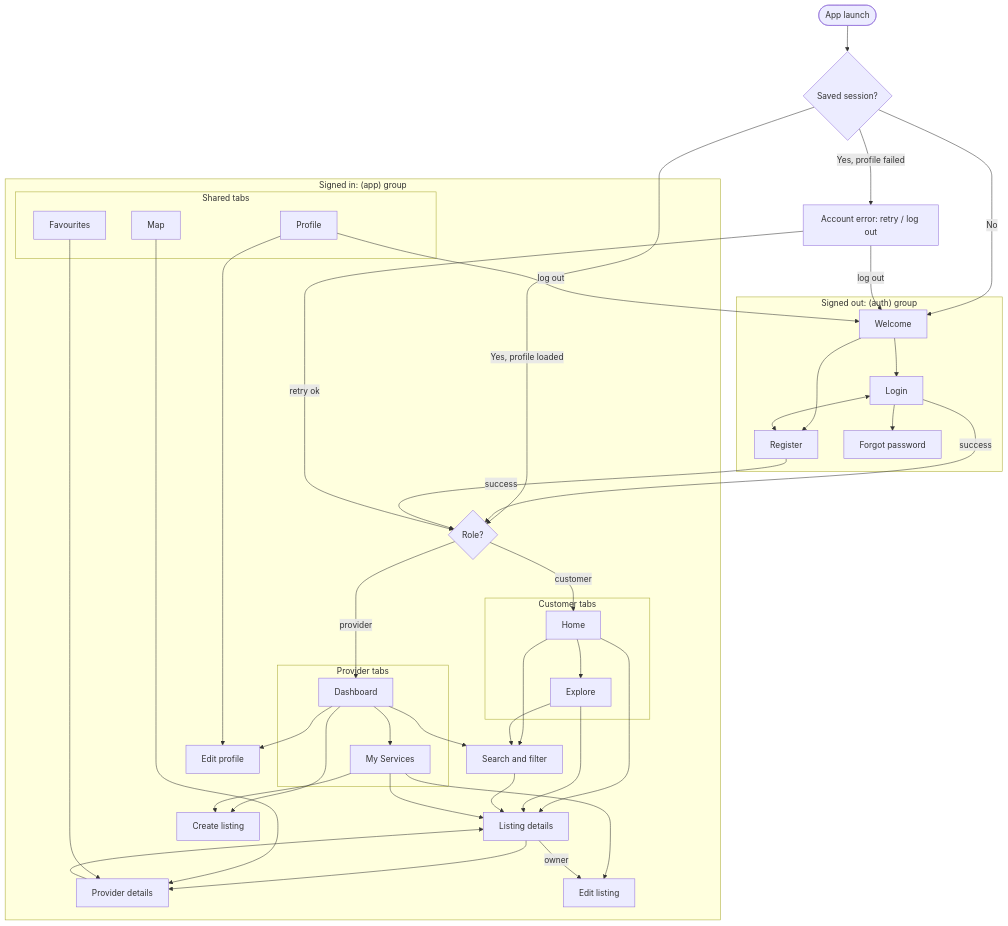
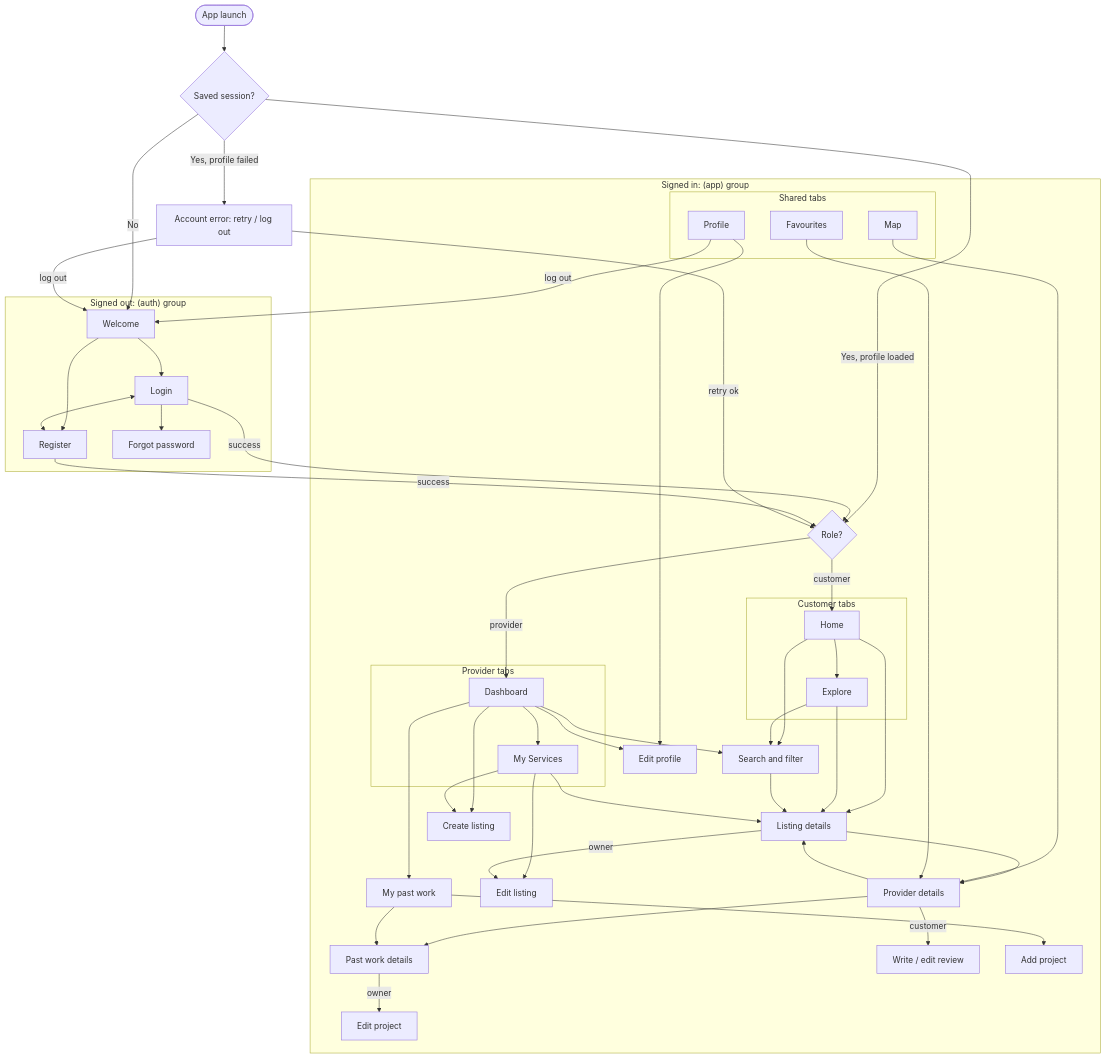
Before and after one commit to mosespole/wantok-skills: the second of 2 diagrams in docs/technical-report.md, drawn with Mermaid. The commit also changed other lines of this file and 6 other files, not shown here.

````diff
--- a/docs/technical-report.md
+++ b/docs/technical-report.md
@@ -121,71 +149,80 @@
 ```mermaid
 flowchart TD
     Start([App launch]) --> Restore{Saved session?}
 
     subgraph PUBLIC["Signed out: (auth) group"]
         Welcome[Welcome]
         Login[Login]
         Register[Register]
         Forgot[Forgot password]
         Welcome --> Register
         Welcome --> Login
         Login --> Forgot
         Login <--> Register
     end
 
     Restore -- No --> Welcome
     Restore -- Yes, profile loaded --> Tabs
     Restore -- Yes, profile failed --> AccountError[Account error: retry / log out]
     Login -- success --> Tabs
     Register -- success --> Tabs
     AccountError -- retry ok --> Tabs
     AccountError -- log out --> Welcome
 
     subgraph PRIVATE["Signed in: (app) group"]
         Tabs{Role?}
         subgraph CUST["Customer tabs"]
             Home[Home]
             Explore[Explore]
         end
         subgraph PROV["Provider tabs"]
             Dashboard[Dashboard]
             MyServices[My Services]
         end
         subgraph SHARED["Shared tabs"]
             Map[Map]
             Favs[Favourites]
             Profile[Profile]
         end
         Tabs -- customer --> Home
         Tabs -- provider --> Dashboard
 
         Search[Search and filter]
         ServiceDetail[Listing details]
         ProviderDetail[Provider details]
         EditProfile[Edit profile]
         Create[Create listing]
         Edit[Edit listing]
 
         Home --> Search
         Home --> ServiceDetail
         Home --> Explore
         Explore --> Search
         Explore --> ServiceDetail
         Search --> ServiceDetail
         ServiceDetail --> ProviderDetail
         ProviderDetail --> ServiceDetail
+        ProviderDetail --> WorkDetail[Past work details]
+        ProviderDetail -- customer --> Review[Write / edit review]
+        MyWork[My past work]
+        AddWork[Add project]
+        EditWork[Edit project]
+        Dashboard --> MyWork
+        MyWork --> AddWork
+        MyWork --> WorkDetail
+        WorkDetail -- owner --> EditWork
         Map --> ProviderDetail
         Favs --> ProviderDetail
         Profile --> EditProfile
         Dashboard --> Create
         Dashboard --> MyServices
         Dashboard --> EditProfile
         Dashboard --> Search
         MyServices --> Create
         MyServices --> Edit
         MyServices --> ServiceDetail
         ServiceDetail -- owner --> Edit
     end
 
     Profile -- log out --> Welcome
 ```
````
